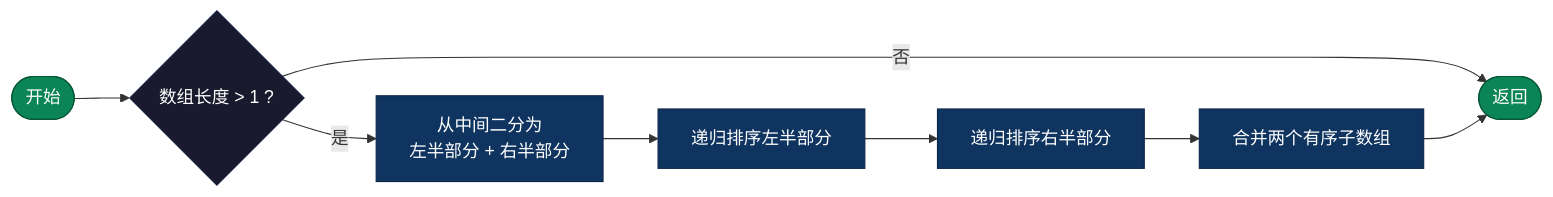
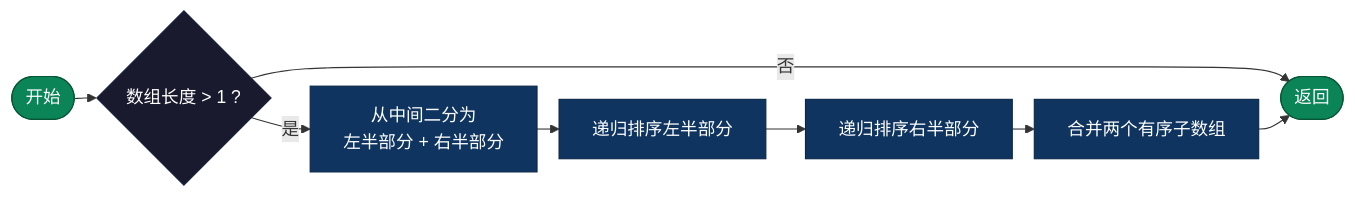
Before and after one commit to microwind/algorithms: the tenth of 17 diagrams in sorting/README.md, drawn with Mermaid. The commit also changed other lines of this file and 3 other files, not shown here.

````diff
--- a/sorting/README.md
+++ b/sorting/README.md
@@ -355,18 +365,19 @@
 ```mermaid
+%%{init: {'flowchart': {'nodeSpacing': 15, 'rankSpacing': 20, 'padding': 15}}}%%
 graph LR
     S(["开始"]) --> CHK{"数组长度 > 1 ?"}
     CHK -->|"否"| END(["返回"])
     CHK -->|"是"| SPLIT["从中间二分为<br/>左半部分 + 右半部分"]
     SPLIT --> LSORT["递归排序左半部分"]
     LSORT --> RSORT["递归排序右半部分"]
     RSORT --> MERGE["合并两个有序子数组"]
     MERGE --> END
 
     classDef start fill:#0b8457,color:#fff,stroke:#065535
     classDef decision fill:#1a1a2e,color:#fff,stroke:#16213e
     classDef process fill:#0f3460,color:#fff,stroke:#0a2647
 
     class S,END start
     class CHK decision
     class SPLIT,LSORT,RSORT,MERGE process
 ```
````
